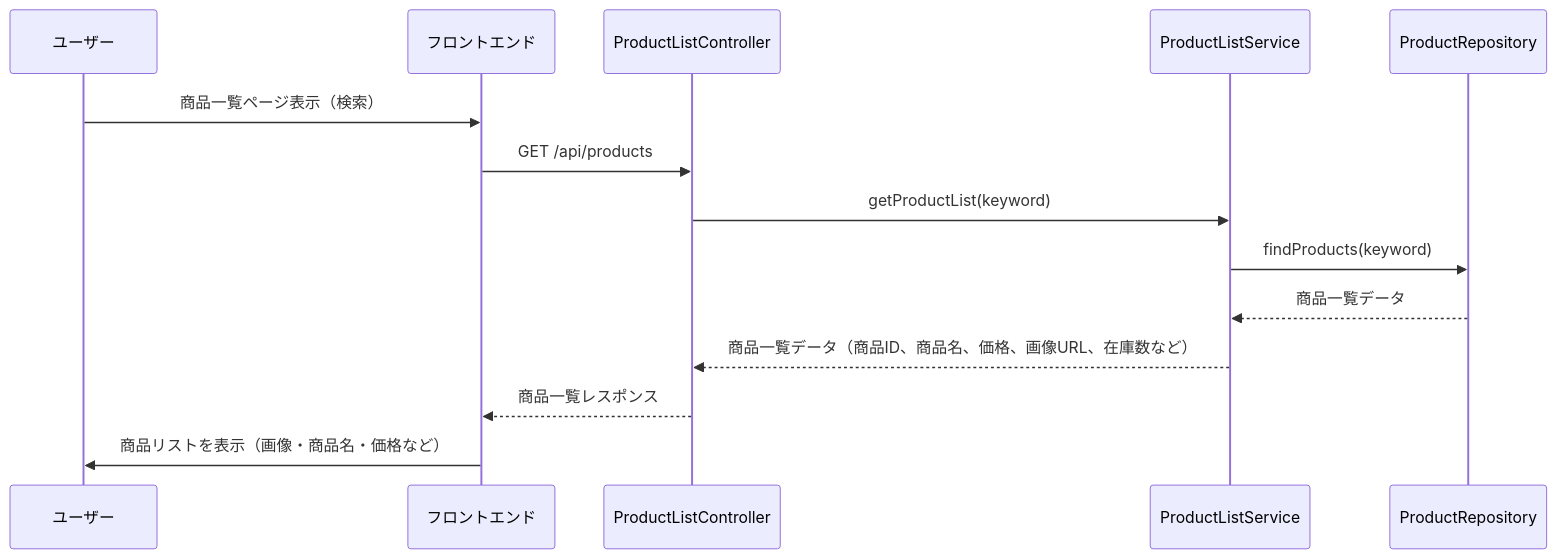
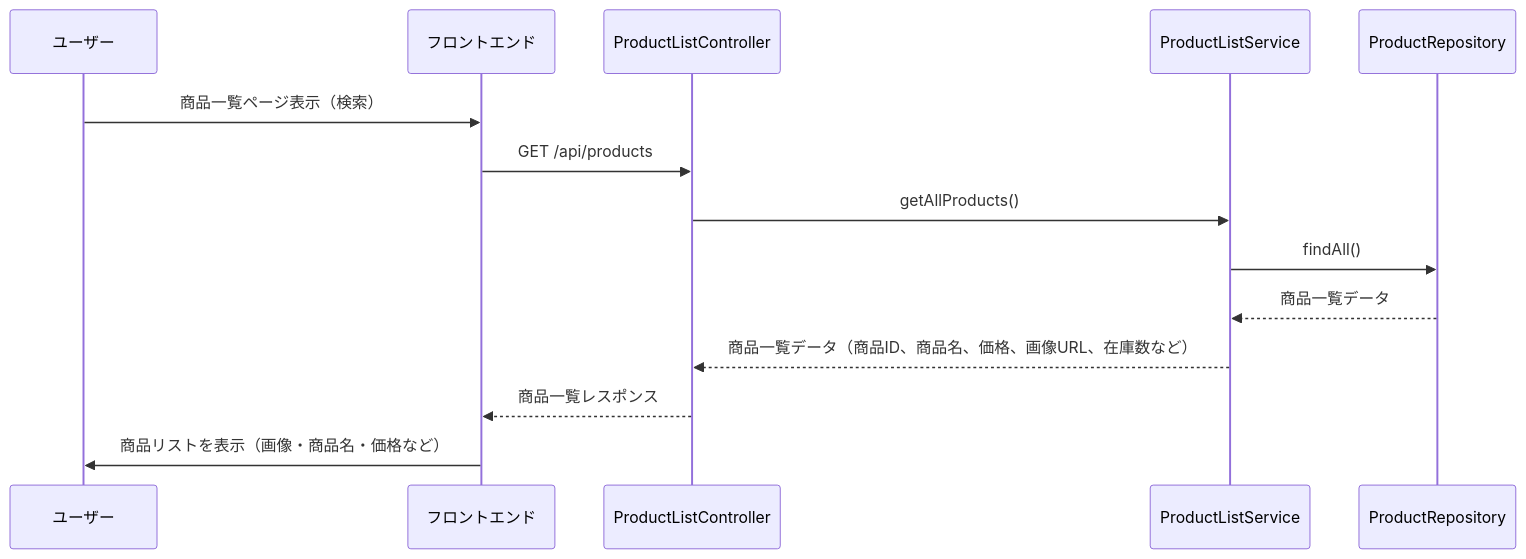
The first of 36 diagrams in 詳細設計/担当B_村田/3.2 機能詳細.md (Aoi-Yaegashi/teamF), drawn with Mermaid before and after one commit. The commit also changed other lines of this file, not shown here.

```diff
--- a/詳細設計/担当B_村田/3.2 機能詳細.md
+++ b/詳細設計/担当B_村田/3.2 機能詳細.md
@@ -39,30 +8,30 @@
    <div class="mermaid">
    sequenceDiagram
     participant User as ユーザー
     participant FE as フロントエンド
     participant PLC as ProductListController
     participant PLS as ProductListService
     participant ProdRepo as ProductRepository
 
-    %% ユーザーが商品一覧ページにアクセス（カテゴリ選択や検索）
+    %% ユーザーが商品一覧ページにアクセス（検索）
     User->>FE: 商品一覧ページ表示（検索）
 
     %% フロントエンドがAPI呼び出し
     FE->>PLC: GET /api/products
 
     %% コントローラがサービスに処理を依頼
-    PLC->>PLS: getProductList(keyword)
+    PLC->>PLS: getAllProducts()
 
     %% サービスが商品一覧を取得
-    PLS->>ProdRepo: findProducts(keyword)
+    PLS->>ProdRepo: findAll()
     ProdRepo-->>PLS: 商品一覧データ
 
     %% サービスがデータを整形してコントローラに返却
     PLS-->>PLC: 商品一覧データ（商品ID、商品名、価格、画像URL、在庫数など）
 
     %% コントローラがフロントエンドにレスポンス
     PLC-->>FE: 商品一覧レスポンス
 
     %% フロントエンドが画面に反映
     FE->>User: 商品リストを表示（画像・商品名・価格など）
 </div>
```
